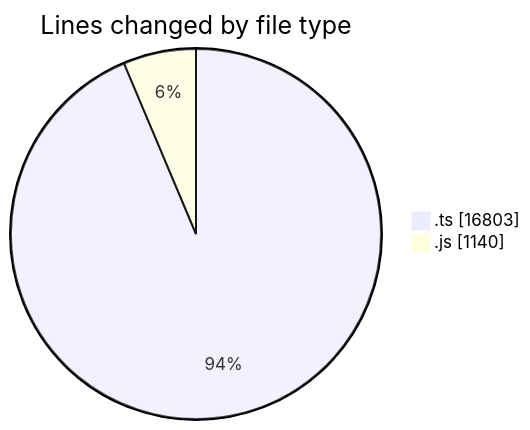
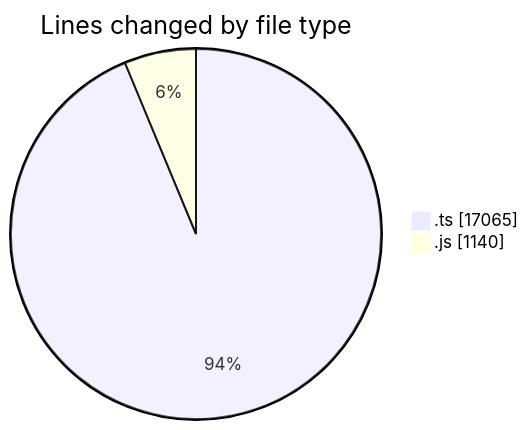
One commit to momahboobian/code-tracking changed the first of 2 diagrams in 2025-06-27/cda/README.md. Above: the diagram before and after it, drawn with Mermaid. The commit also changed other lines of this file and 1 other file, not shown here.

````diff
--- a/2025-06-27/cda/README.md
+++ b/2025-06-27/cda/README.md
@@ -30,6 +30,6 @@
 ```mermaid
 pie showData
 title Lines changed by file type
-".ts" : 16803
+".ts" : 17065
 ".js" : 1140
 ```
````
